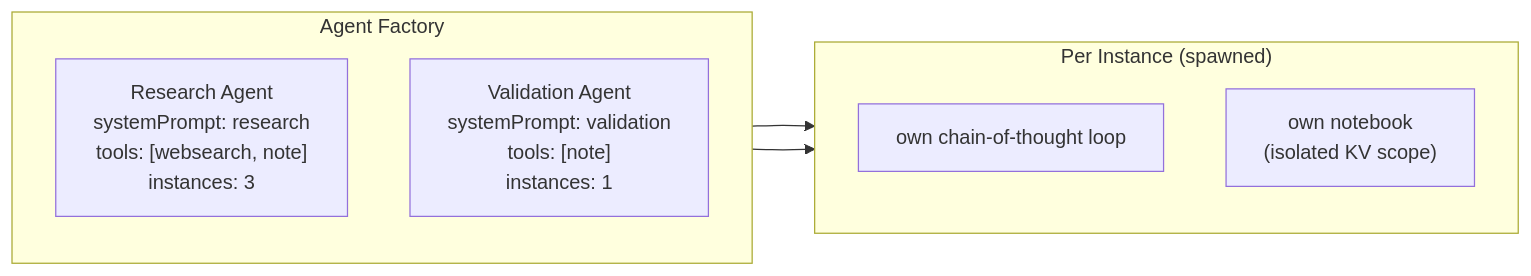
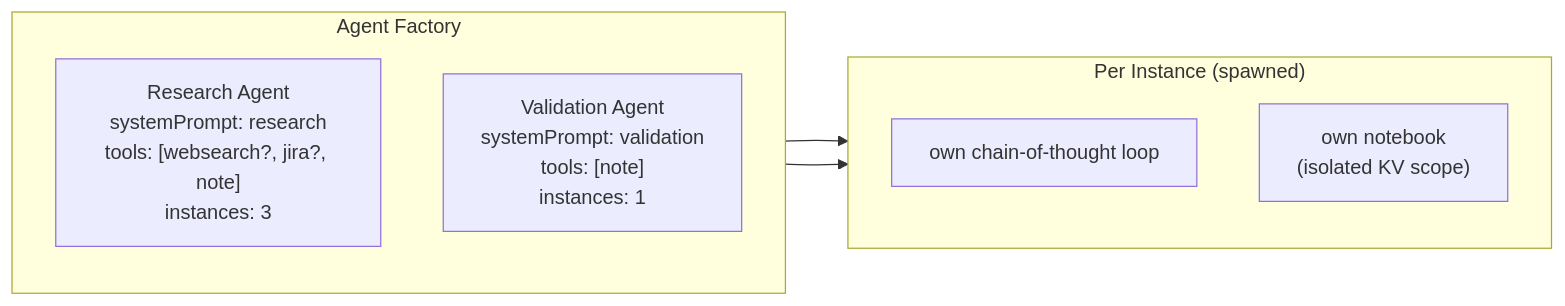
One commit to Glitch-guy0/self-consistency-research-agent changed the fifth of 5 diagrams in _bmad-output/planning-artifacts/architecture-diagrams.md. Above: the diagram before and after it, drawn with Mermaid. The commit also changed other lines of this file and 1 other file, not shown here.

````diff
--- a/_bmad-output/planning-artifacts/architecture-diagrams.md
+++ b/_bmad-output/planning-artifacts/architecture-diagrams.md
@@ -200,17 +222,17 @@
 ```mermaid
 flowchart LR
     subgraph Factory["Agent Factory"]
         direction TB
-        A1["Research Agent<br/>systemPrompt: research<br/>tools: [websearch, note]<br/>instances: 3"]
+        A1["Research Agent<br/>systemPrompt: research<br/>tools: [websearch?, jira?, note]<br/>instances: 3"]
         A2["Validation Agent<br/>systemPrompt: validation<br/>tools: [note]<br/>instances: 1"]
     end
 
     subgraph PerInstance["Per Instance (spawned)"]
         direction TB
         CoT["own chain-of-thought loop"]
         NB["own notebook\n(isolated KV scope)"]
     end
 
     A1 --> PerInstance
     A2 --> PerInstance
 ```
````
